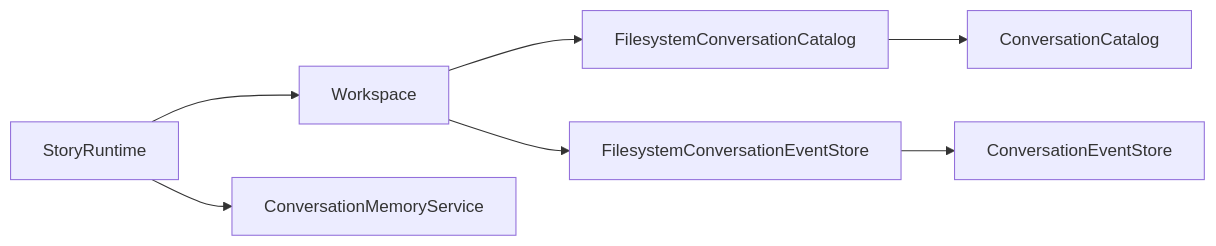
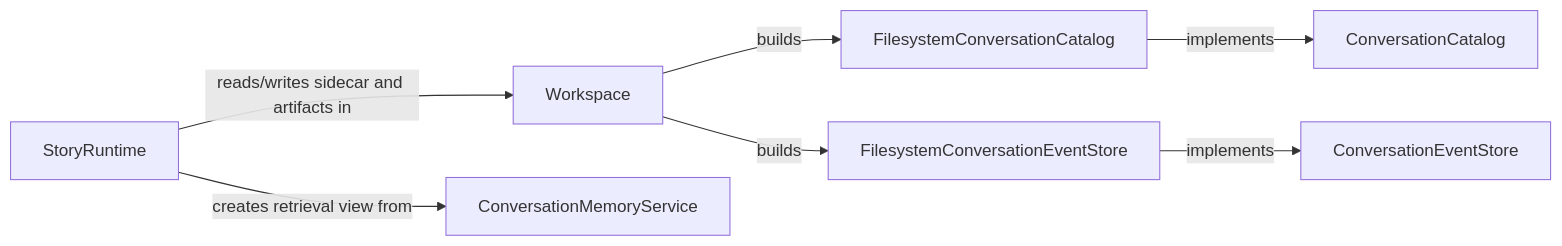
One commit to Kims-DeveloperGroup/story-writing-agents changed the fifth of 9 diagrams in docs/design/overview.md. Above: the diagram before and after it, drawn with Mermaid. The commit also changed other lines of this file, not shown here.

Commit message:
Label diagram links and add short diagram descriptions

````diff
--- a/docs/design/overview.md
+++ b/docs/design/overview.md
@@ -242,17 +248,17 @@
 ```mermaid
 flowchart LR
     RT[StoryRuntime]
     WS[Workspace]
     FC[FilesystemConversationCatalog]
     FCat[ConversationCatalog]
     ES[FilesystemConversationEventStore]
     ESvc[ConversationEventStore]
     MMS[ConversationMemoryService]
 
-    RT --> WS
-    RT --> MMS
-    WS --> FC
-    WS --> ES
-    FC --> FCat
-    ES --> ESvc
+    RT -->|reads/writes sidecar and artifacts in| WS
+    RT -->|creates retrieval view from| MMS
+    WS -->|builds| FC
+    WS -->|builds| ES
+    FC -->|implements| FCat
+    ES -->|implements| ESvc
 ```
````
